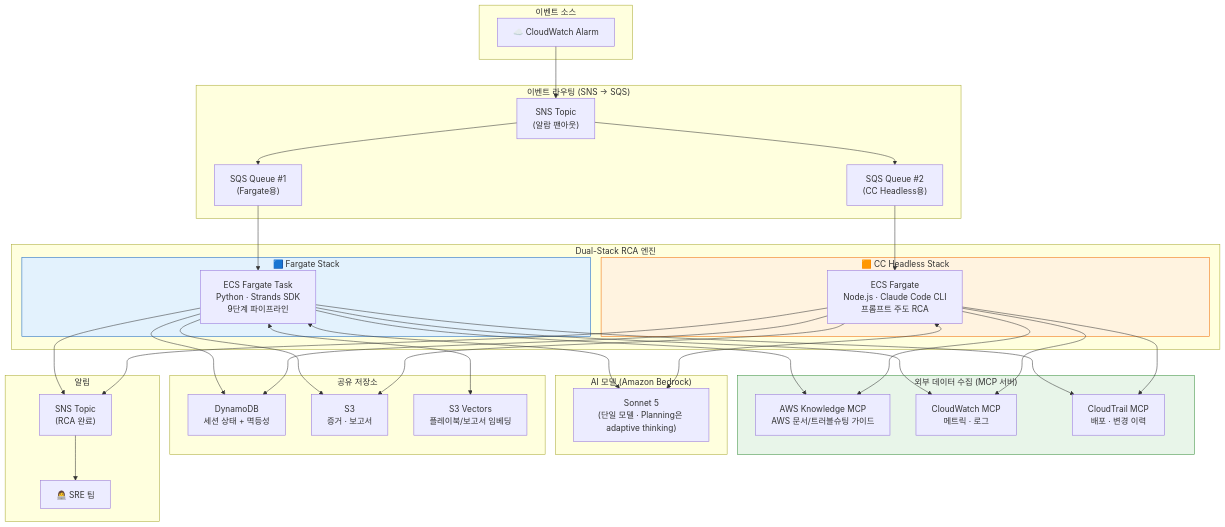
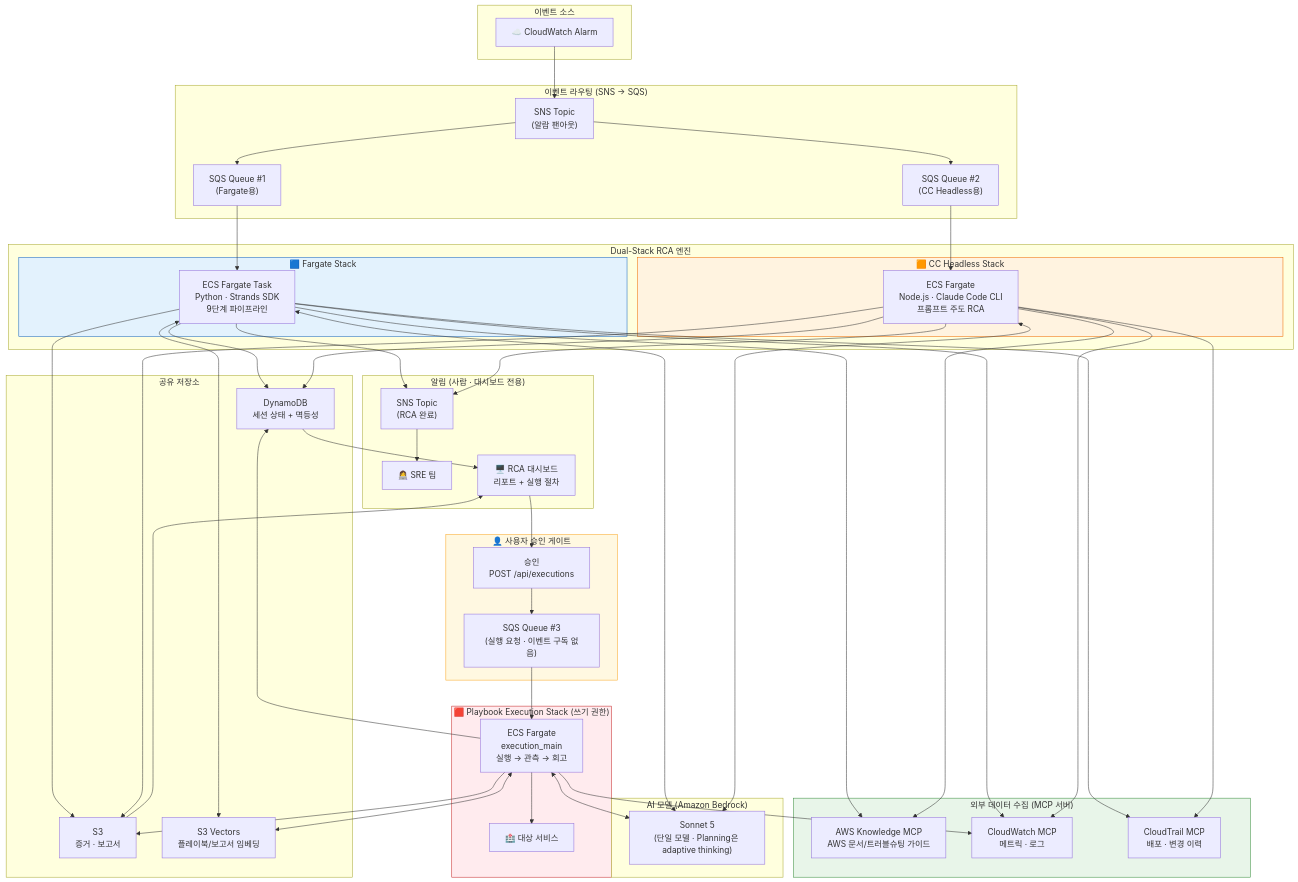
The second of 25 diagrams in docs/system-guide-for-ops.md (haandol/rca-agent), drawn with Mermaid before and after one commit. The commit also changed other lines of this file and 7 other files, not shown here.

````diff
--- a/docs/system-guide-for-ops.md
+++ b/docs/system-guide-for-ops.md
@@ -80,9 +88,22 @@
         S3V["S3 Vectors<br/>플레이북/보고서 임베딩"]
     end
 
-    subgraph Notify["알림"]
+    subgraph Notify["알림 (사람 · 대시보드 전용)"]
         SNS_OUT["SNS Topic<br/>(RCA 완료)"]
         SRE["👩‍💻 SRE 팀"]
+        DASH["🖥️ RCA 대시보드<br/>리포트 + 실행 절차"]
+    end
+
+    subgraph Gate["👤 사용자 승인 게이트"]
+        APPROVE["승인<br/>POST /api/executions"]
+        SQS_EXEC["SQS Queue #3<br/>(실행 요청 · 이벤트 구독 없음)"]
+        APPROVE --> SQS_EXEC
+    end
+
+    subgraph ExecStack["🟥 Playbook Execution Stack (쓰기 권한)"]
+        EXEC["ECS Fargate<br/>execution_main<br/>실행 → 관측 → 회고"]
+        TARGET["🏥 대상 서비스"]
+        EXEC --> TARGET
     end
 
     CW --> SNS
@@ -109,7 +130,19 @@
     CCFARGATE --> SNS_OUT
     SNS_OUT --> SRE
 
+    DDB --> DASH
+    S3 --> DASH
+    DASH --> APPROVE
+    SQS_EXEC --> EXEC
+    EXEC <--> SONNET
+    EXEC --> CW_MCP
+    EXEC --> DDB
+    EXEC --> S3
+    EXEC <--> S3V
+
     style FargateStack fill:#e3f2fd,stroke:#1565c0
     style CcHeadlessStack fill:#fff3e0,stroke:#ef6c00
     style Tools fill:#e8f5e9,stroke:#388e3c
+    style Gate fill:#fff8e1,stroke:#f9a825
+    style ExecStack fill:#ffebee,stroke:#c62828
 ```
````
